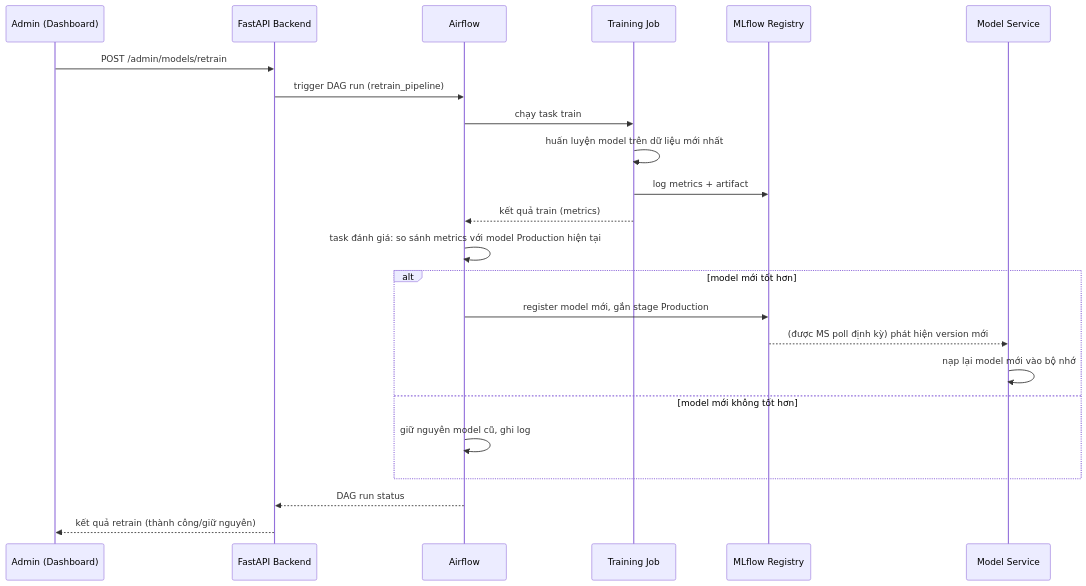
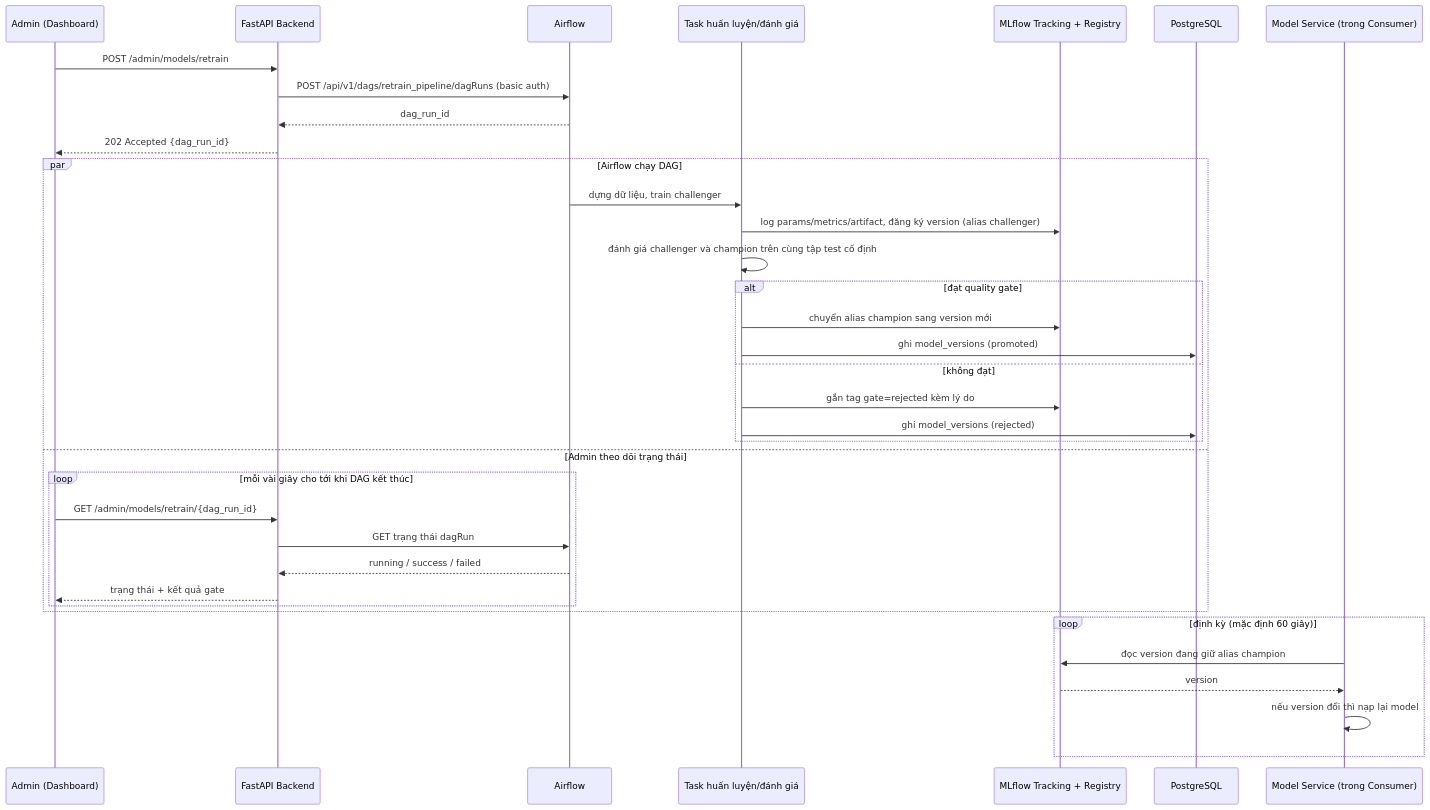
One commit to MinhNguyen1007/Remote-patient-monitoring-system-using-Streaming-MLOps changed the third of 3 diagrams in docs/design/02_4_sequence.md. Above: the diagram before and after it, drawn with Mermaid. The commit also changed other lines of this file and 21 other files, not shown here.

````diff
--- a/docs/design/02_4_sequence.md
+++ b/docs/design/02_4_sequence.md
@@ -59,26 +79,39 @@
 ```mermaid
 sequenceDiagram
     participant A as Admin (Dashboard)
     participant BE as FastAPI Backend
     participant AF as Airflow
-    participant TR as Training Job
-    participant MLF as MLflow Registry
-    participant MS as Model Service
+    participant TR as Task huấn luyện/đánh giá
+    participant MLF as MLflow Tracking + Registry
+    participant DB as PostgreSQL
+    participant MS as Model Service (trong Consumer)
 
     A->>BE: POST /admin/models/retrain
-    BE->>AF: trigger DAG run (retrain_pipeline)
-    AF->>TR: chạy task train
-    TR->>TR: huấn luyện model trên dữ liệu mới nhất
-    TR->>MLF: log metrics + artifact
-    TR-->>AF: kết quả train (metrics)
-    AF->>AF: task đánh giá: so sánh metrics với model Production hiện tại
-    alt model mới tốt hơn
-        AF->>MLF: register model mới, gắn stage Production
-        MLF-->>MS: (được MS poll định kỳ) phát hiện version mới
-        MS->>MS: nạp lại model mới vào bộ nhớ
-    else model mới không tốt hơn
-        AF->>AF: giữ nguyên model cũ, ghi log
+    BE->>AF: POST /api/v1/dags/retrain_pipeline/dagRuns (basic auth)
+    AF-->>BE: dag_run_id
+    BE-->>A: 202 Accepted {dag_run_id}
+    par Airflow chạy DAG
+        AF->>TR: dựng dữ liệu, train challenger
+        TR->>MLF: log params/metrics/artifact, đăng ký version (alias challenger)
+        TR->>TR: đánh giá challenger và champion trên cùng tập test cố định
+        alt đạt quality gate
+            TR->>MLF: chuyển alias champion sang version mới
+            TR->>DB: ghi model_versions (promoted)
+        else không đạt
+            TR->>MLF: gắn tag gate=rejected kèm lý do
+            TR->>DB: ghi model_versions (rejected)
+        end
+    and Admin theo dõi trạng thái
+        loop mỗi vài giây cho tới khi DAG kết thúc
+            A->>BE: GET /admin/models/retrain/{dag_run_id}
+            BE->>AF: GET trạng thái dagRun
+            AF-->>BE: running / success / failed
+            BE-->>A: trạng thái + kết quả gate
+        end
     end
-    AF-->>BE: DAG run status
-    BE-->>A: kết quả retrain (thành công/giữ nguyên)
+    loop định kỳ (mặc định 60 giây)
+        MS->>MLF: đọc version đang giữ alias champion
+        MLF-->>MS: version
+        MS->>MS: nếu version đổi thì nạp lại model
+    end
 ```
````
